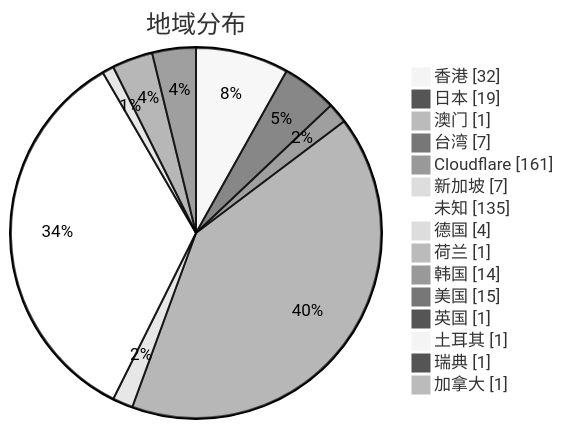
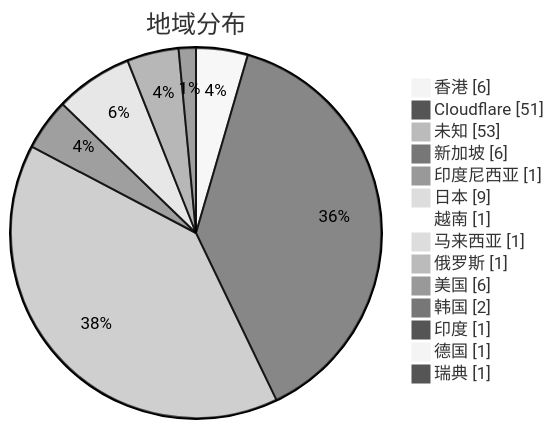
Before and after one commit to qjlxg/airport: the second of 3 diagrams in subs/statistics/tested_within.md, drawn with Mermaid (neutral theme). The commit also changed other lines of this file and 2 other files, not shown here.

Commit message:
Tested by metaST

````diff
--- a/subs/statistics/tested_within.md
+++ b/subs/statistics/tested_within.md
@@ -14,19 +11,18 @@
 ```mermaid
 pie showData
 title 地域分布
-"香港" : 32
-"日本" : 19
-"澳门" : 1
-"台湾" : 7
-"Cloudflare" : 161
-"新加坡" : 7
-"未知" : 135
-"德国" : 4
-"荷兰" : 1
-"韩国" : 14
-"美国" : 15
-"英国" : 1
-"土耳其" : 1
+"香港" : 6
+"Cloudflare" : 51
+"未知" : 53
+"新加坡" : 6
+"印度尼西亚" : 1
+"日本" : 9
+"越南" : 1
+"马来西亚" : 1
+"俄罗斯" : 1
+"美国" : 6
+"韩国" : 2
+"印度" : 1
+"德国" : 1
 "瑞典" : 1
-"加拿大" : 1
 ```
````
